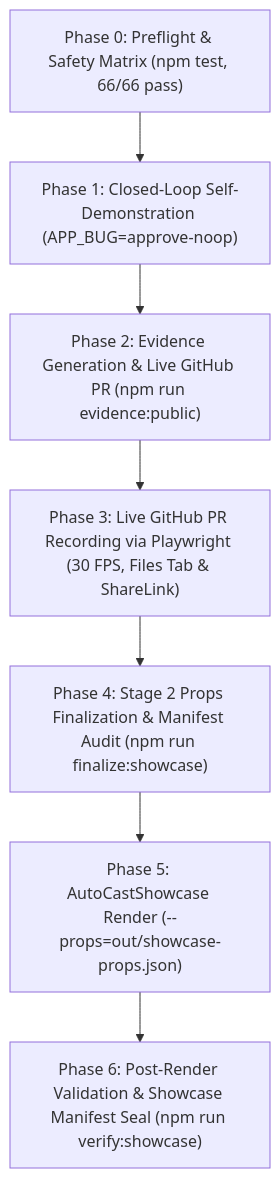
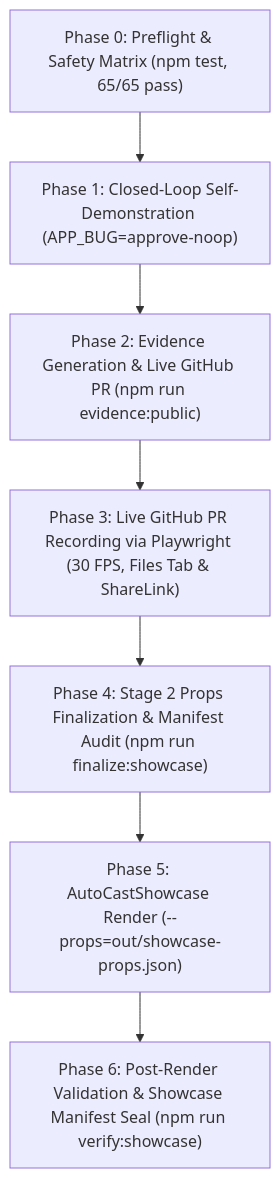
The second of 2 diagrams in docs/ARCHITECTURE.md (nikhil-r0/autocast), drawn with Mermaid before and after one commit. The commit also changed other lines of this file and 1 other file, not shown here.

Commit message:
fix: update test suite count to reflect 65 automated tests

````diff
--- a/docs/ARCHITECTURE.md
+++ b/docs/ARCHITECTURE.md
@@ -559,9 +559,9 @@
 ```mermaid
 flowchart TD
-    P0["Phase 0: Preflight & Safety Matrix (npm test, 66/66 pass)"] --> P1["Phase 1: Closed-Loop Self-Demonstration (APP_BUG=approve-noop)"]
+    P0["Phase 0: Preflight & Safety Matrix (npm test, 65/65 pass)"] --> P1["Phase 1: Closed-Loop Self-Demonstration (APP_BUG=approve-noop)"]
     P1 --> P2["Phase 2: Evidence Generation & Live GitHub PR (npm run evidence:public)"]
     P2 --> P3["Phase 3: Live GitHub PR Recording via Playwright (30 FPS, Files Tab & ShareLink)"]
     P3 --> P4["Phase 4: Stage 2 Props Finalization & Manifest Audit (npm run finalize:showcase)"]
     P4 --> P5["Phase 5: AutoCastShowcase Render (--props=out/showcase-props.json)"]
     P5 --> P6["Phase 6: Post-Render Validation & Showcase Manifest Seal (npm run verify:showcase)"]
 ```
````
